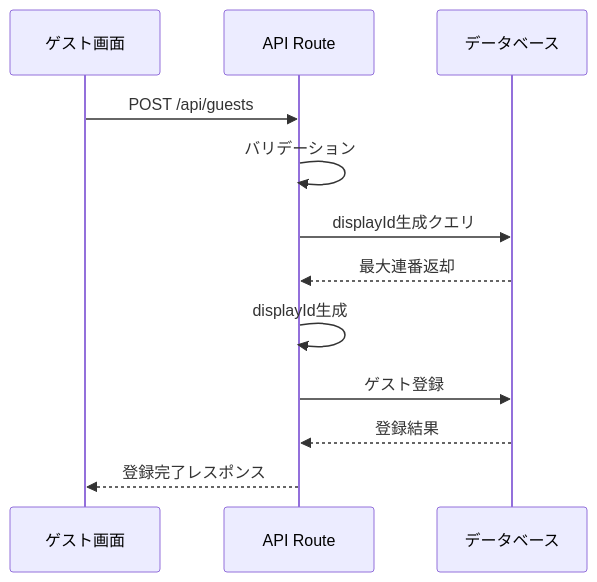
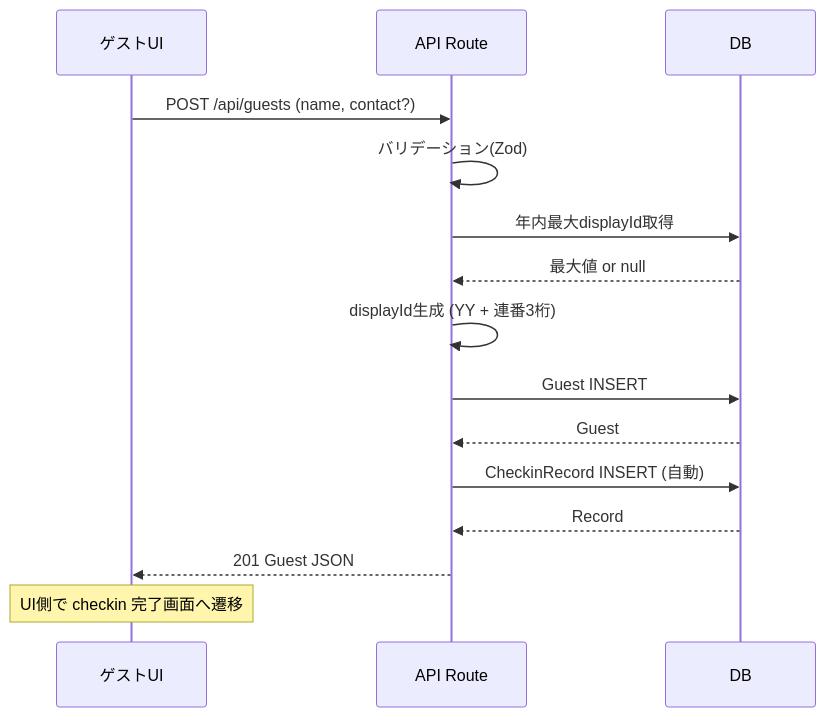
The second of 4 diagrams in docs/ARCHITECTURE.md (SetozakiLab/tecnova-checkin-system), drawn with Mermaid before and after one commit. The commit also changed other lines of this file and 4 other files, not shown here.

````diff
--- a/docs/ARCHITECTURE.md
+++ b/docs/ARCHITECTURE.md
@@ -163,15 +91,18 @@
 ```mermaid
 sequenceDiagram
-    participant G as ゲスト画面
+    participant G as ゲストUI
     participant API as API Route
-    participant DB as データベース
+    participant DB as DB
 
-    G->>API: POST /api/guests
-    API->>API: バリデーション
-    API->>DB: displayId生成クエリ
-    DB-->>API: 最大連番返却
-    API->>API: displayId生成
-    API->>DB: ゲスト登録
-    DB-->>API: 登録結果
-    API-->>G: 登録完了レスポンス
+    G->>API: POST /api/guests (name, contact?)
+    API->>API: バリデーション(Zod)
+    API->>DB: 年内最大displayId取得
+    DB-->>API: 最大値 or null
+    API->>API: displayId生成 (YY + 連番3桁)
+    API->>DB: Guest INSERT
+    DB-->>API: Guest
+    API->>DB: CheckinRecord INSERT (自動)
+    DB-->>API: Record
+    API-->>G: 201 Guest JSON
+    Note over G: UI側で checkin 完了画面へ遷移
 ```
````
